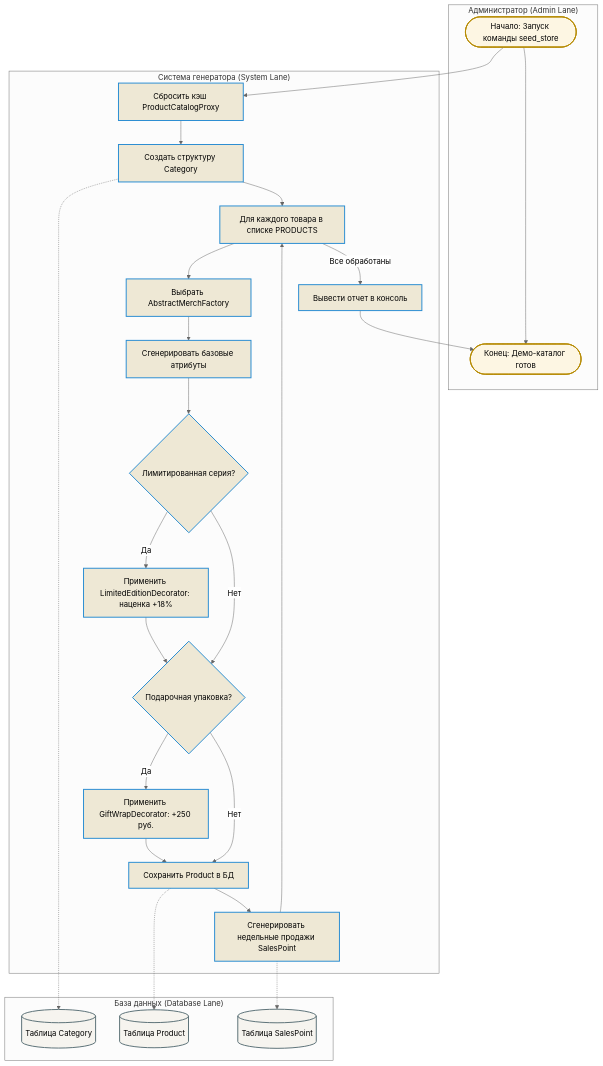
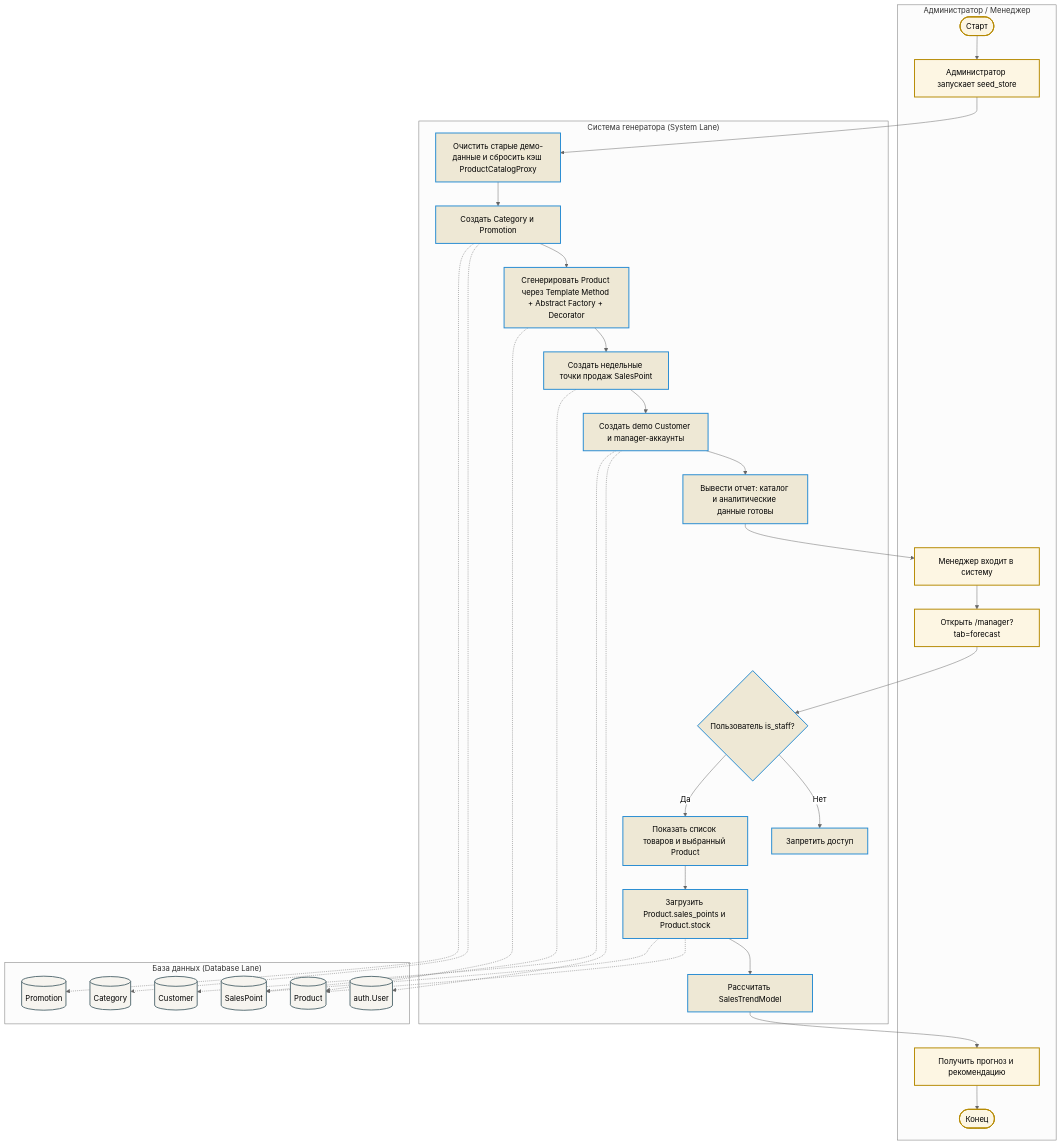
The second of 2 diagrams in docs/bpmn.md (markkentos/project_templates), drawn with Mermaid before and after one commit. The commit also changed other lines of this file and 12 other files, not shown here.

````diff
--- a/docs/bpmn.md
+++ b/docs/bpmn.md
@@ -70,41 +70,44 @@
 ```mermaid
 %%{init: {'theme': 'neutral'}}%%
 graph TD
-    subgraph Admin ["Администратор (Admin Lane)"]
-        Start2([Начало: Запуск команды seed_store]) --> CheckFinish([Конец: Демо-каталог готов])
+    subgraph Admin ["Администратор / Менеджер"]
+        Start2([Старт]) --> RunSeed[Администратор запускает seed_store]
+        ManagerLogin[Менеджер входит в систему] --> OpenForecast[Открыть /manager?tab=forecast]
+        ShowForecast[Получить прогноз и рекомендацию] --> End2([Конец])
     end
 
     subgraph System ["Система генератора (System Lane)"]
-        Start2 --> CleanCache[Сбросить кэш ProductCatalogProxy]
-        CleanCache --> LoadCategories[Создать структуру Category]
-        LoadCategories --> LoopProducts[Для каждого товара в списке PRODUCTS]
-        
-        LoopProducts --> SelectFactory[Выбрать AbstractMerchFactory]
-        SelectFactory --> CreatePayload[Сгенерировать базовые атрибуты]
-        CreatePayload --> IsLimited{Лимитированная серия?}
-        IsLimited -- Да --> DecorateLimited[Применить LimitedEditionDecorator: наценка +18%] --> IsGift
-        IsLimited -- Нет --> IsGift{Подарочная упаковка?}
-        
-        IsGift -- Да --> DecorateGift[Применить GiftWrapDecorator: +250 руб.] --> PersistProduct
-        IsGift -- Нет --> PersistProduct[Сохранить Product в БД]
-        
-        PersistProduct --> GenerateSales[Сгенерировать недельные продажи SalesPoint]
-        GenerateSales --> LoopProducts
-        LoopProducts -- Все обработаны --> PrintSuccess[Вывести отчет в консоль]
-        PrintSuccess --> CheckFinish
+        RunSeed --> Cleanup[Очистить старые демо-данные и сбросить кэш ProductCatalogProxy]
+        Cleanup --> CreateCategories[Создать Category и Promotion]
+        CreateCategories --> GenerateCatalog[Сгенерировать Product через Template Method + Abstract Factory + Decorator]
+        GenerateCatalog --> CreateSales[Создать недельные точки продаж SalesPoint]
+        CreateSales --> SeedUsers[Создать demo Customer и manager-аккаунты]
+        SeedUsers --> SeedDone[Вывести отчет: каталог и аналитические данные готовы]
+        SeedDone --> ManagerLogin
+        OpenForecast --> CheckRole{Пользователь is_staff?}
+        CheckRole -- Нет --> Deny[Запретить доступ]
+        CheckRole -- Да --> SelectProduct[Показать список товаров и выбранный Product]
+        SelectProduct --> LoadTrendData[Загрузить Product.sales_points и Product.stock]
+        LoadTrendData --> CalculateTrend[Рассчитать SalesTrendModel]
+        CalculateTrend --> ShowForecast
     end
 
     subgraph DB ["База данных (Database Lane)"]
-        LoadCategories -.-> DB_Category[(Таблица Category)]
-        PersistProduct -.-> DB_Product2[(Таблица Product)]
-        GenerateSales -.-> DB_SalesPoint[(Таблица SalesPoint)]
+        CreateCategories -.-> DB_Category[(Category)]
+        CreateCategories -.-> DB_Promotion[(Promotion)]
+        GenerateCatalog -.-> DB_Product[(Product)]
+        CreateSales -.-> DB_SalesPoint[(SalesPoint)]
+        SeedUsers -.-> DB_User[(auth.User)]
+        SeedUsers -.-> DB_Customer[(Customer)]
+        LoadTrendData -.-> DB_Product
+        LoadTrendData -.-> DB_SalesPoint
     end
 
     %% Стилизация
     classDef buyer fill:#fdf6e3,stroke:#b58900,stroke-width:2px;
     classDef system fill:#eee8d5,stroke:#268bd2,stroke-width:2px;
     classDef database fill:#f6f4ef,stroke:#586e75,stroke-width:2px;
-    class Start2,CheckFinish buyer;
-    class CleanCache,LoadCategories,LoopProducts,SelectFactory,CreatePayload,IsLimited,DecorateLimited,IsGift,DecorateGift,PersistProduct,GenerateSales,PrintSuccess system;
-    class DB_Category,DB_Product2,DB_SalesPoint database;
+    class Start2,RunSeed,ManagerLogin,OpenForecast,ShowForecast,End2 buyer;
+    class Cleanup,CreateCategories,GenerateCatalog,CreateSales,SeedUsers,SeedDone,CheckRole,Deny,SelectProduct,LoadTrendData,CalculateTrend system;
+    class DB_Category,DB_Promotion,DB_Product,DB_SalesPoint,DB_User,DB_Customer database;
 ```
````
